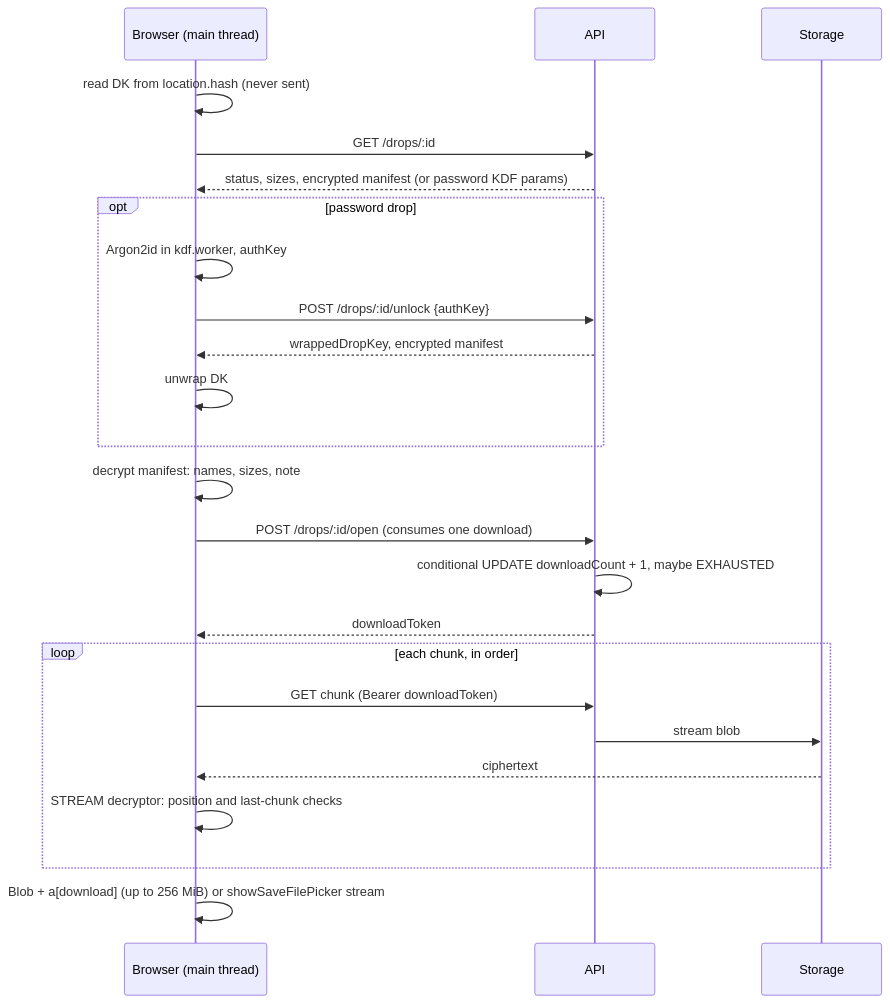
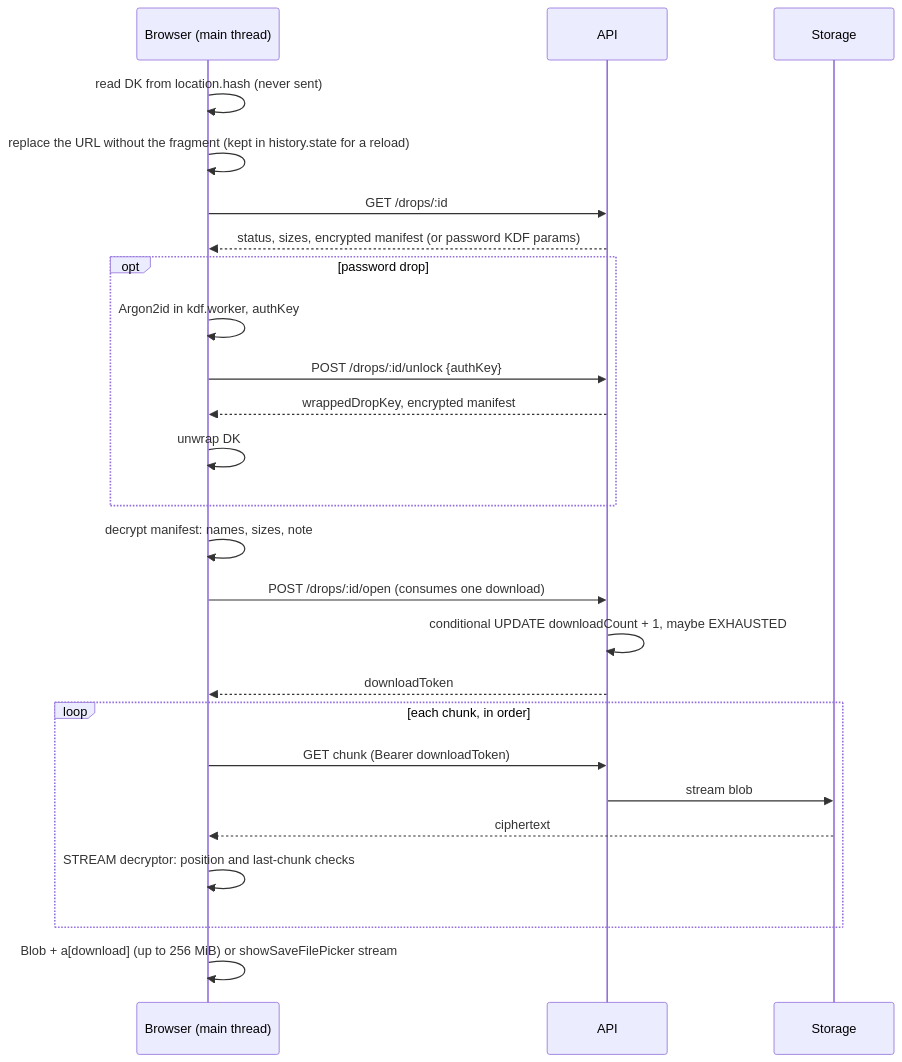
The fourth of 7 diagrams in docs/ARCHITECTURE.md (exotic-Siddharth/cipherdrop), drawn with Mermaid before and after one commit. The commit also changed other lines of this file and 1 other file, not shown here.

First line of the commit message:
docs(api, architecture): batch 1 endpoints, errors and limits

````diff
--- a/docs/ARCHITECTURE.md
+++ b/docs/ARCHITECTURE.md
@@ -113,26 +117,27 @@
 ```mermaid
 sequenceDiagram
   participant B as Browser (main thread)
   participant A as API
   participant S as Storage
   B->>B: read DK from location.hash (never sent)
+  B->>B: replace the URL without the fragment (kept in history.state for a reload)
   B->>A: GET /drops/:id
   A-->>B: status, sizes, encrypted manifest (or password KDF params)
   opt password drop
     B->>B: Argon2id in kdf.worker, authKey
     B->>A: POST /drops/:id/unlock {authKey}
     A-->>B: wrappedDropKey, encrypted manifest
     B->>B: unwrap DK
   end
   B->>B: decrypt manifest: names, sizes, note
   B->>A: POST /drops/:id/open (consumes one download)
   A->>A: conditional UPDATE downloadCount + 1, maybe EXHAUSTED
   A-->>B: downloadToken
   loop each chunk, in order
     B->>A: GET chunk (Bearer downloadToken)
     A->>S: stream blob
     S-->>B: ciphertext
     B->>B: STREAM decryptor: position and last-chunk checks
   end
   B->>B: Blob + a[download] (up to 256 MiB) or showSaveFilePicker stream
 ```
````
